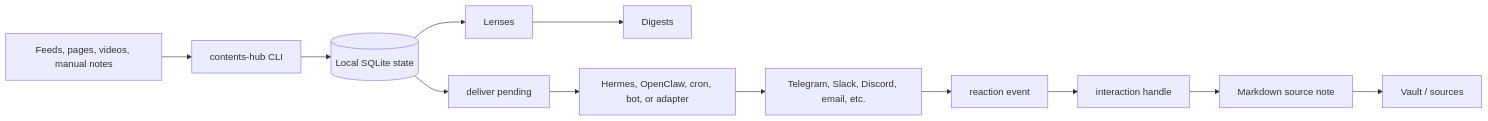
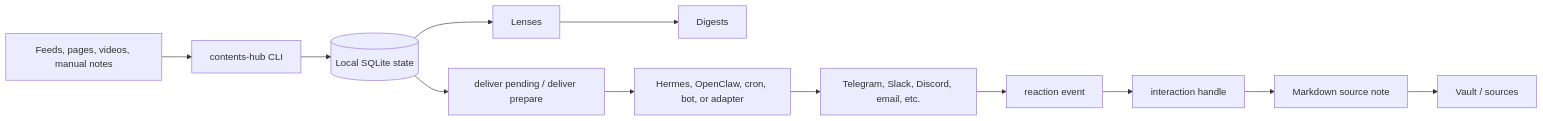
The diagram in README.md (yansfil/contents-hub), drawn with Mermaid before and after one commit. The commit also changed other lines of this file and 12 other files, not shown here.

Commit message:
feat: add deliver prepare payloads

````diff
--- a/README.md
+++ b/README.md
@@ -61,14 +62,14 @@
 ```mermaid
 flowchart LR
     A[Feeds, pages, videos, manual notes] --> B[contents-hub CLI]
     B --> C[(Local SQLite state)]
     C --> D[Lenses]
     D --> E[Digests]
-    C --> F[deliver pending]
+    C --> F[deliver pending / deliver prepare]
     F --> G[Hermes, OpenClaw, cron, bot, or adapter]
     G --> H[Telegram, Slack, Discord, email, etc.]
     H --> I[reaction event]
     I --> J[interaction handle]
     J --> K[Markdown source note]
     K --> L[Vault / sources]
 ```
````
